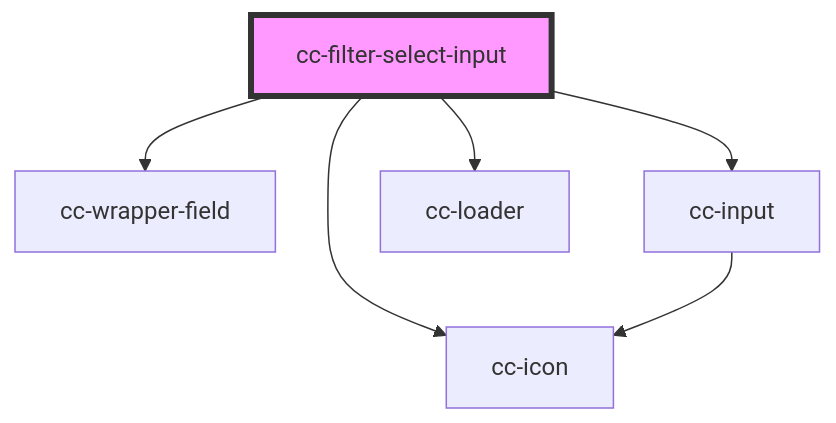
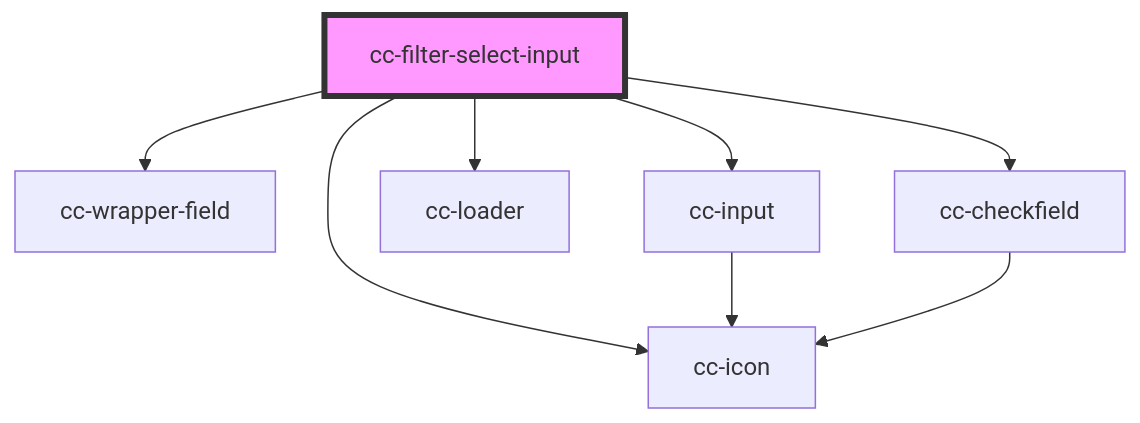
Before and after one commit to lacafetalab/cafeta-components: the diagram in packages/core/src/components/cc-filter-select-input/readme.md, drawn with Mermaid. The commit also changed other lines of this file and 4 other files, not shown here.

Commit message:
chore() adding cc-checkfield on cc-filter-select-input

````diff
--- a/packages/core/src/components/cc-filter-select-input/readme.md
+++ b/packages/core/src/components/cc-filter-select-input/readme.md
@@ -46,9 +47,11 @@
 ```mermaid
 graph TD;
   cc-filter-select-input --> cc-wrapper-field
   cc-filter-select-input --> cc-icon
   cc-filter-select-input --> cc-input
   cc-filter-select-input --> cc-loader
+  cc-filter-select-input --> cc-checkfield
   cc-input --> cc-icon
+  cc-checkfield --> cc-icon
   style cc-filter-select-input fill:#f9f,stroke:#333,stroke-width:4px
 ```
````
